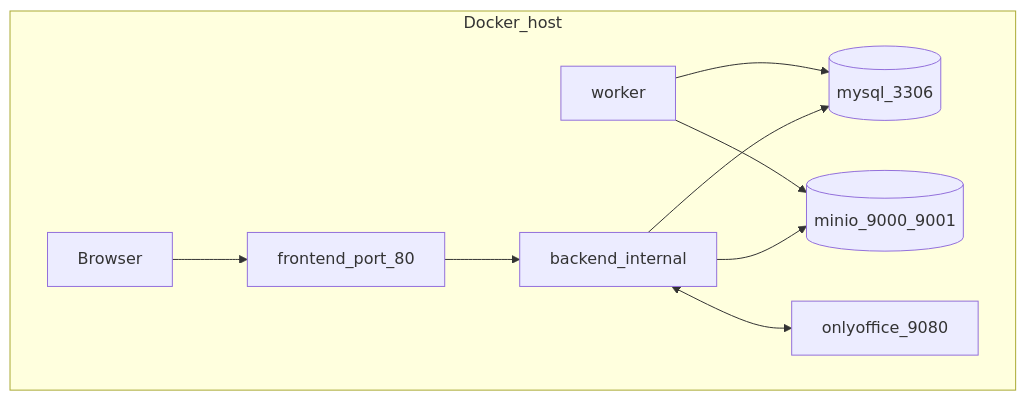
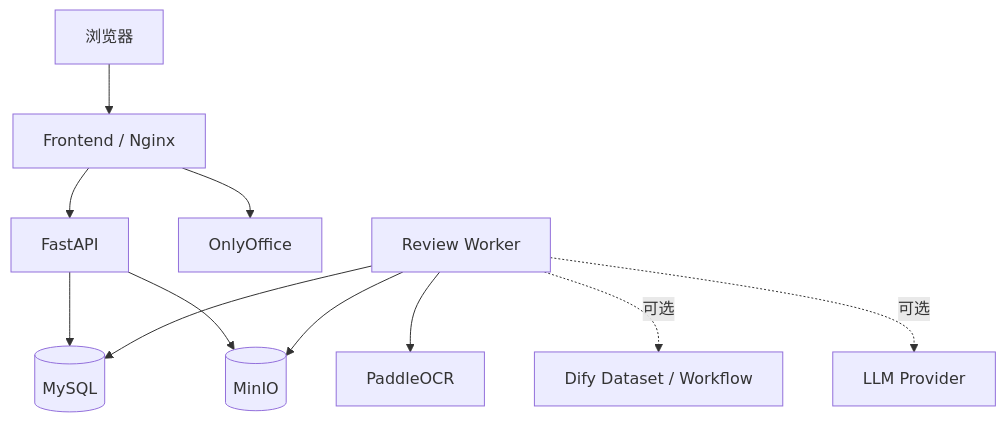
One commit to JackYStack/smart-review-system changed the second of 2 diagrams in README.md. Above: the diagram before and after it, drawn with Mermaid. The commit also changed other lines of this file, not shown here.

````diff
--- a/README.md
+++ b/README.md
@@ -82,20 +54,13 @@
 ```mermaid
 flowchart TB
-  subgraph host [Docker_host]
-    U[Browser]
-    Fe[frontend_port_80]
-    Be[backend_internal]
-    Wo[worker]
-    Db[(mysql_3306)]
-    Obj[(minio_9000_9001)]
-    Oo[onlyoffice_9080]
-  end
-
-  U --> Fe
-  Fe --> Be
-  Be --> Db
-  Be --> Obj
-  Be <--> Oo
-  Wo --> Db
-  Wo --> Obj
+  Browser[浏览器] --> Gateway[Frontend / Nginx]
+  Gateway --> API[FastAPI]
+  Gateway --> Office[OnlyOffice]
+  API --> DB[(MySQL)]
+  API --> Store[(MinIO)]
+  Worker[Review Worker] --> DB
+  Worker --> Store
+  Worker --> OCR[PaddleOCR]
+  Worker -.可选.-> Dify[Dify Dataset / Workflow]
+  Worker -.可选.-> LLM[LLM Provider]
 ```
````
